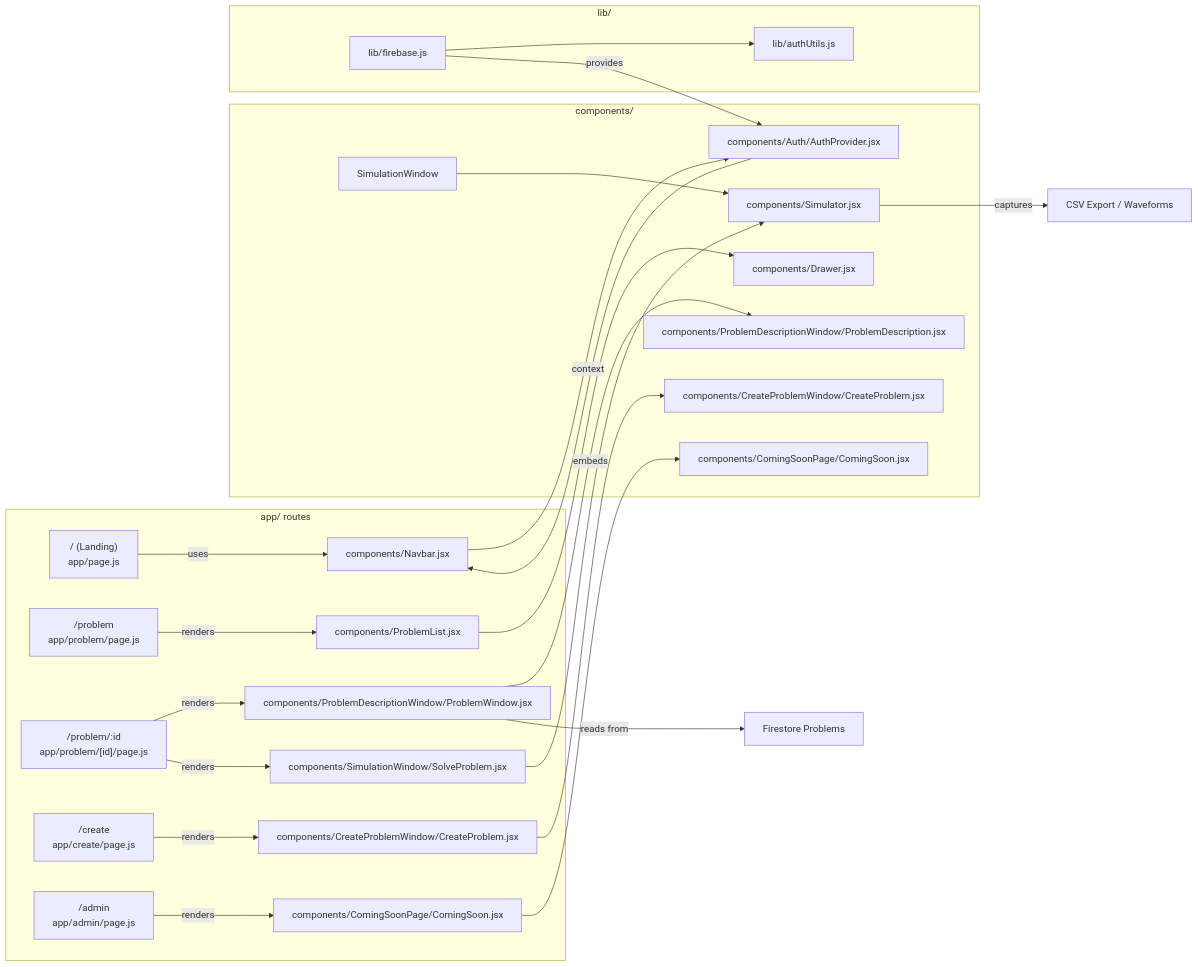
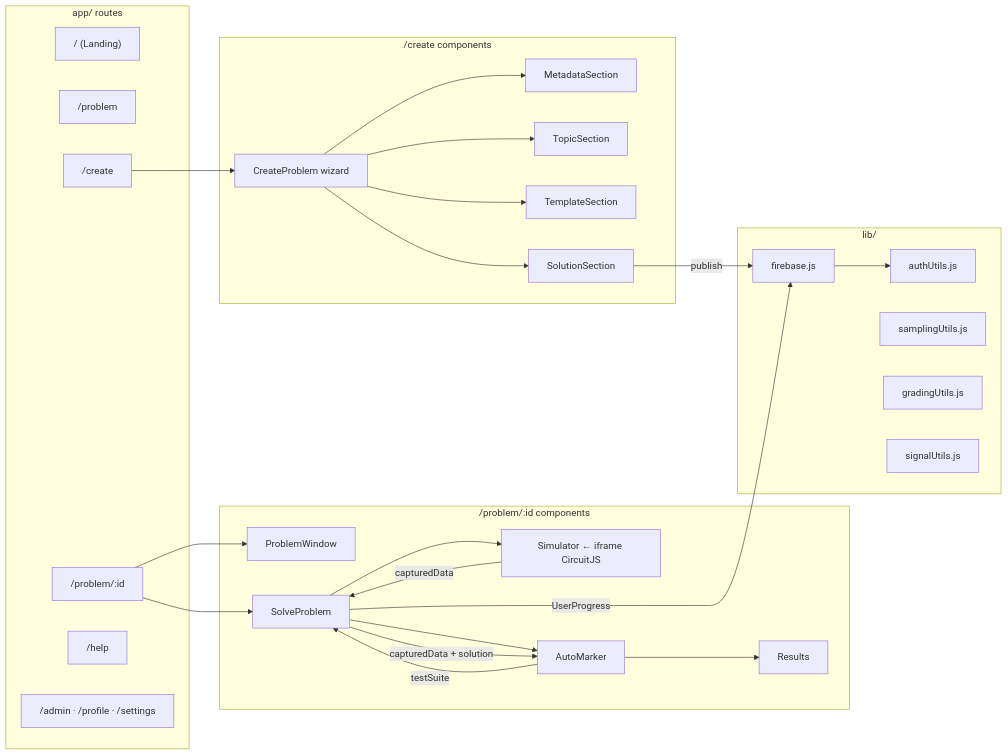
One commit to PontshoMbizo/ohmify changed the diagram in docs/route_map.md. Above: the diagram before and after it, drawn with Mermaid. The commit also changed other lines of this file and 14 other files, not shown here.

````diff
--- a/docs/route_map.md
+++ b/docs/route_map.md
@@ -5,30 +71,51 @@
 ```mermaid
 flowchart LR
-  subgraph App_Routes[app/ routes]
-    A["/ (Landing)<br/>app/page.js"] -->|uses| Navbar[components/Navbar.jsx]
-    B["/problem<br/>app/problem/page.js"] -->|renders| ProblemList[components/ProblemList.jsx]
-    C["/problem/:id<br/>app/problem/[id]/page.js"] -->|renders| ProblemWindow[components/ProblemDescriptionWindow/ProblemWindow.jsx]
-    C -->|renders| SolveProblem[components/SimulationWindow/SolveProblem.jsx]
-    D["/create<br/>app/create/page.js"] -->|renders| CreateProblem[components/CreateProblemWindow/CreateProblem.jsx]
-    E["/admin<br/>app/admin/page.js"] -->|renders| ComingSoon[components/ComingSoonPage/ComingSoon.jsx]
+  subgraph Routes["app/ routes"]
+    A["/ (Landing)"]
+    B["/problem"]
+    C["/problem/:id"]
+    D["/create"]
+    E["/help"]
+    F["/admin · /profile · /settings"]
   end
 
-  subgraph Components[components/]
-    Navbar --> AuthProvider[components/Auth/AuthProvider.jsx]
-    ProblemList --> Drawer[components/Drawer.jsx]
-    ProblemWindow --> ProblemDescription[components/ProblemDescriptionWindow/ProblemDescription.jsx]
-    SimulationWindow --> Simulator[components/Simulator.jsx]
-    CreateProblem --> CreateProblemWindow[components/CreateProblemWindow/CreateProblem.jsx]
-    ComingSoon --> ComingSoonPage[components/ComingSoonPage/ComingSoon.jsx]
+  subgraph Solve["/problem/:id components"]
+    PW[ProblemWindow]
+    SP[SolveProblem]
+    SIM[Simulator ← iframe CircuitJS]
+    AM[AutoMarker]
+    RES[Results]
   end
 
-  subgraph Lib[lib/]
-    Firebase[lib/firebase.js] --> AuthUtils[lib/authUtils.js]
+  subgraph Create["/create components"]
+    CP[CreateProblem wizard]
+    MS[MetadataSection]
+    TS[TopicSection]
+    TLS[TemplateSection]
+    SS[SolutionSection]
   end
 
-  Firebase -->|provides| AuthProvider
-  AuthProvider -->|context| Navbar
-  ProblemWindow -->|reads from| Firestore[Firestore Problems]
-  SolveProblem -->|embeds| Simulator
-  Simulator -->|captures| CSVExport[CSV Export / Waveforms]
+  subgraph Lib["lib/"]
+    FB[firebase.js]
+    AU[authUtils.js]
+    SU[samplingUtils.js]
+    GU[gradingUtils.js]
+    SIG[signalUtils.js]
+  end
+
+  C --> PW
+  C --> SP
+  SP --> SIM
+  SP --> AM
+  AM --> RES
+  D --> CP
+  CP --> MS & TS & TLS & SS
+
+  SIM -->|capturedData| SP
+  SP -->|capturedData + solution| AM
+  AM -->|testSuite| SP
+  SP -->|UserProgress| FB
+
+  SS -->|publish| FB
+  FB --> AU
 ```
````
